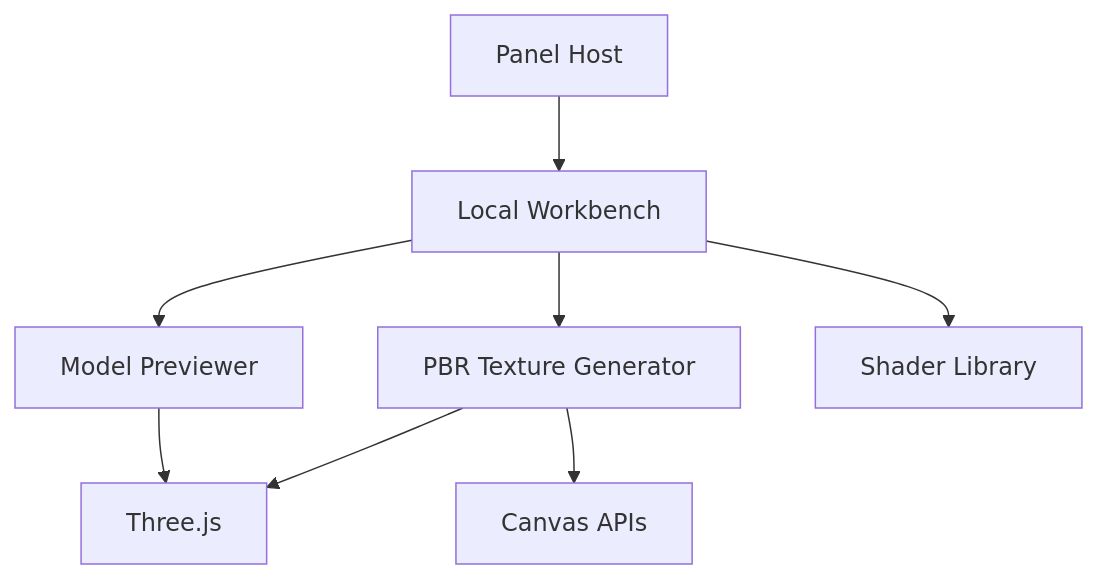
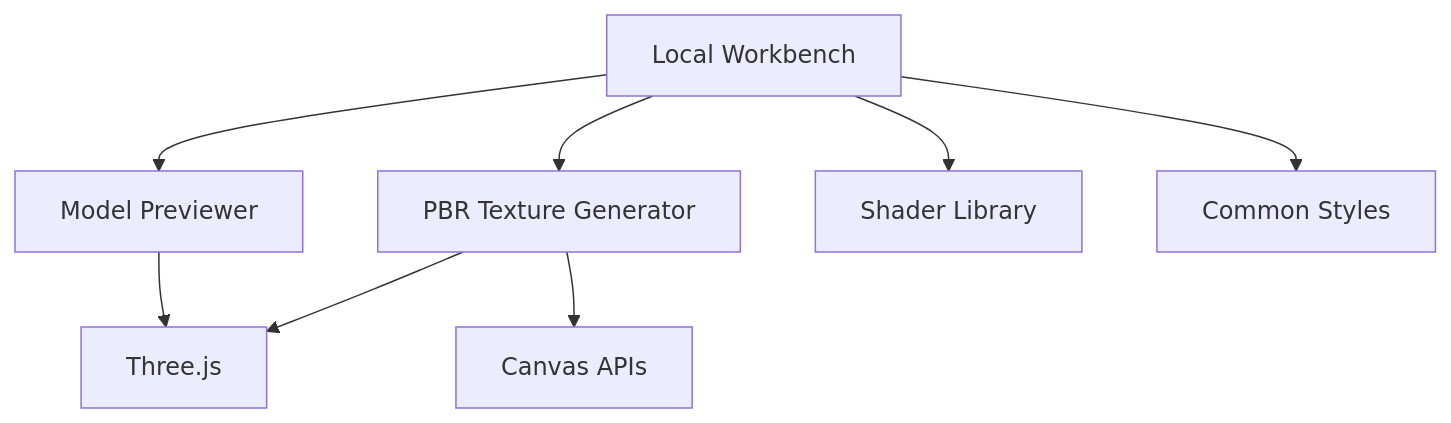
The seventh of 7 diagrams in .qoder/repowiki/en/content/Technical Artist Utilities/Unreal Engine Material Reference.md (treasureGrove/TAWEBTOOL), drawn with Mermaid before and after one commit. The commit also changed other lines of this file and 101 other files, not shown here.

````diff
--- a/.qoder/repowiki/en/content/Technical Artist Utilities/Unreal Engine Material Reference.md
+++ b/.qoder/repowiki/en/content/Technical Artist Utilities/Unreal Engine Material Reference.md
@@ -253,17 +262,17 @@
 ```mermaid
 graph TB
-Panel["Panel Host"]
 Workbench["Local Workbench"]
 ModelPreviewer["Model Previewer"]
 PBRTexGen["PBR Texture Generator"]
 ShaderLib["Shader Library"]
 Three["Three.js"]
 Canvas["Canvas APIs"]
-Panel --> Workbench
+CommonCSS["Common Styles"]
 Workbench --> ModelPreviewer
 Workbench --> PBRTexGen
 Workbench --> ShaderLib
+Workbench --> CommonCSS
 ModelPreviewer --> Three
 PBRTexGen --> Three
 PBRTexGen --> Canvas
 ```
````
